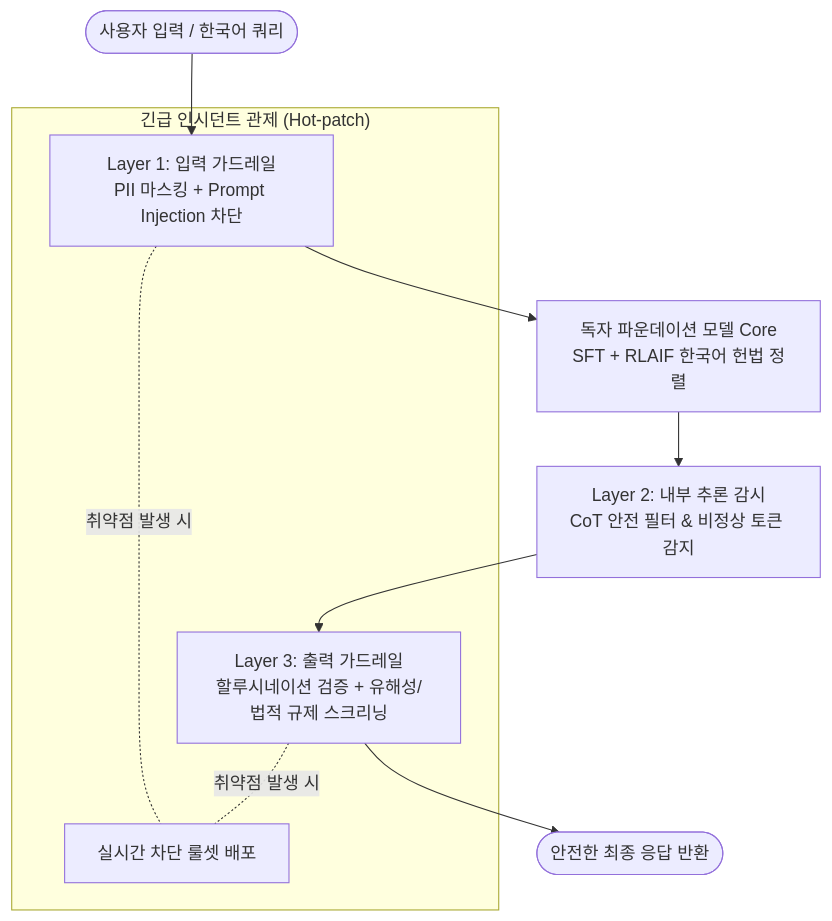
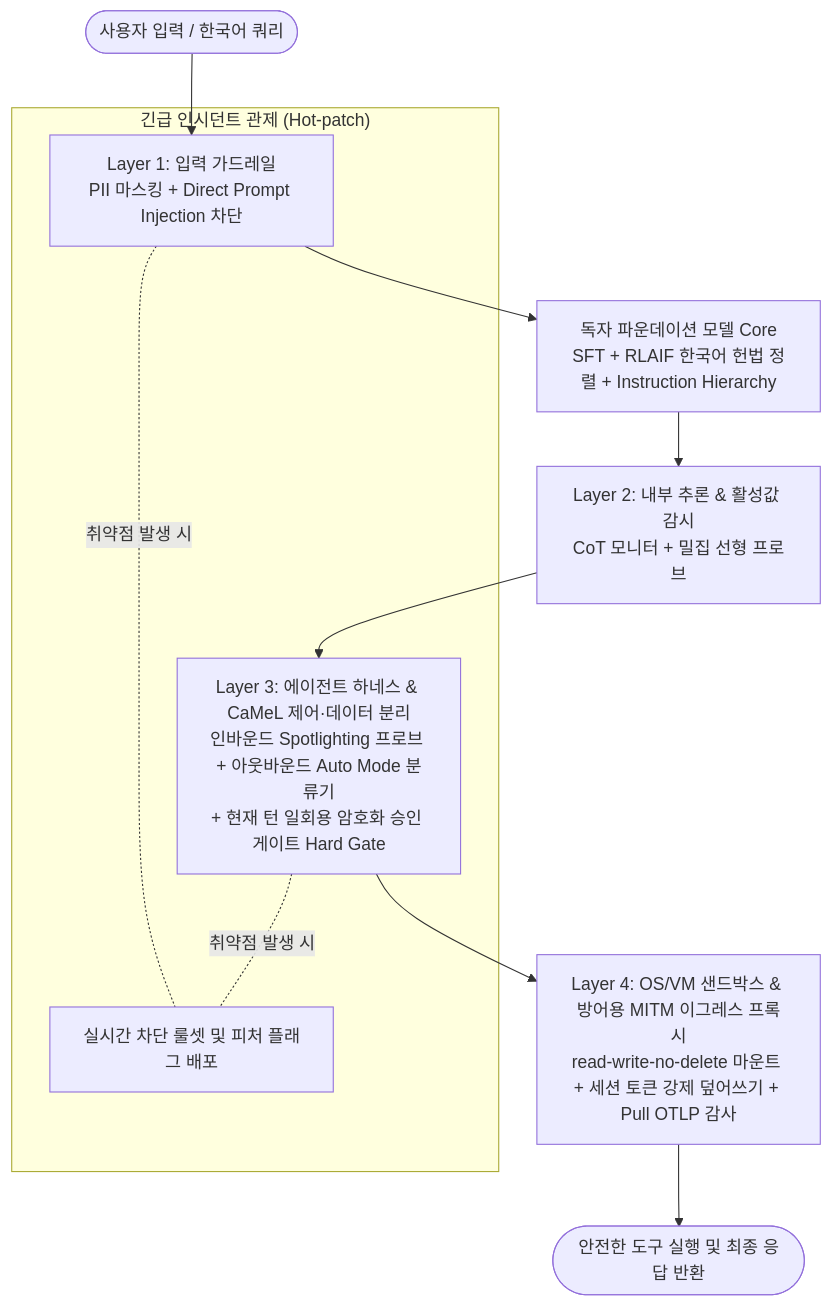
Before and after one commit to likerberi/corpuse: the diagram in curriculum/track4_sovereign_ai_impact.md, drawn with Mermaid. The commit also changed other lines of this file and 5 other files, not shown here.

````diff
--- a/curriculum/track4_sovereign_ai_impact.md
+++ b/curriculum/track4_sovereign_ai_impact.md
@@ -25,13 +30,14 @@
 ```mermaid
 flowchart TD
-    User([사용자 입력 / 한국어 쿼리]) --> Layer1[Layer 1: 입력 가드레일<br/>PII 마스킹 + Prompt Injection 차단]
-    Layer1 --> CoreModel[독자 파운데이션 모델 Core<br/>SFT + RLAIF 한국어 헌법 정렬]
-    CoreModel --> Layer2[Layer 2: 내부 추론 감시<br/>CoT 안전 필터 & 비정상 토큰 감지]
-    Layer2 --> Layer3[Layer 3: 출력 가드레일<br/>할루시네이션 검증 + 유해성/법적 규제 스크리닝]
-    Layer3 --> Response([안전한 최종 응답 반환])
+    User([사용자 입력 / 한국어 쿼리]) --> Layer1[Layer 1: 입력 가드레일<br/>PII 마스킹 + Direct Prompt Injection 차단]
+    Layer1 --> CoreModel[독자 파운데이션 모델 Core<br/>SFT + RLAIF 한국어 헌법 정렬 + Instruction Hierarchy]
+    CoreModel --> Layer2[Layer 2: 내부 추론 & 활성값 감시<br/>CoT 모니터 + 밀집 선형 프로브]
+    Layer2 --> AgentHarness[Layer 3: 에이전트 하네스 & CaMeL 제어·데이터 분리<br/>인바운드 Spotlighting 프로브 + 아웃바운드 Auto Mode 분류기<br/>+ 현재 턴 일회용 암호화 승인 게이트 Hard Gate]
+    AgentHarness --> Sandbox[Layer 4: OS/VM 샌드박스 & 방어용 MITM 이그레스 프록시<br/>read-write-no-delete 마운트 + 세션 토큰 강제 덮어쓰기 + Pull OTLP 감사]
+    Sandbox --> Response([안전한 도구 실행 및 최종 응답 반환])
     
     subgraph IncidentControl["긴급 인시던트 관제 (Hot-patch)"]
-        Layer1 -. 취약점 발생 시 .- Hotfix[실시간 차단 룰셋 배포]
-        Layer3 -. 취약점 발생 시 .- Hotfix
+        Layer1 -. 취약점 발생 시 .- Hotfix[실시간 차단 룰셋 및 피처 플래그 배포]
+        AgentHarness -. 취약점 발생 시 .- Hotfix
     end
 ```
````
